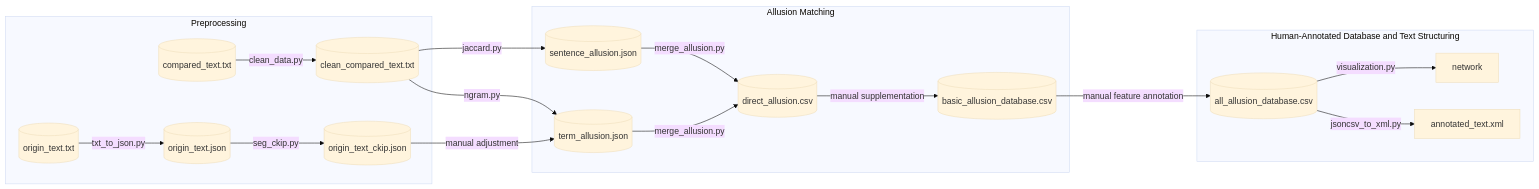
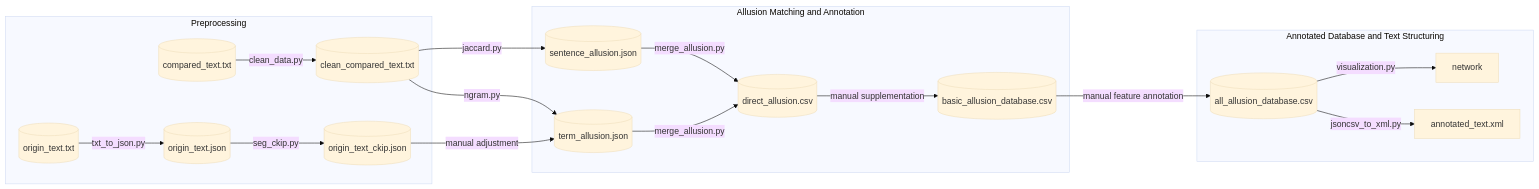
One commit to Taoyi-Chiang/lufu_allusion changed the diagram in README.md. Above: the diagram before and after it, drawn with Mermaid (base theme).

````diff
--- a/README.md
+++ b/README.md
@@ -3,40 +3,40 @@
 ```mermaid
 graph LR
     %% 定義各個節點
     A1[(origin_text.txt)]
     A2[(compared_text.txt)]
     A3[(clean_compared_text.txt)]
     B1[(origin_text.json)]
     B2[(origin_text_ckip.json)]
     C1[(sentence_allusion.json)]
     C2[(term_allusion.json)]
     D1[(direct_allusion.csv)]
     E1[(basic_allusion_database.csv)]
     E2[(all_allusion_database.csv)]
     F1[network]
     F2[annotated_text.xml]
 
     %% 前處理階段
     subgraph Preprocessing
         A1-->|txt_to_json.py|B1
         B1-->|seg_ckip.py|B2
         A2-->|clean_data.py|A3
     end
 
     %% 比對階段
-    subgraph Allusion Matching
+    subgraph Allusion Matching and Annotation
         B2-->|manual adjustment|C2
         A3-->|jaccard.py|C1
         A3-->|ngram.py|C2
         C1-->|merge_allusion.py|D1
         C2-->|merge_allusion.py|D1
         D1-->|manual supplementation|E1
     end
 
-    %% 標記階段
-    subgraph Human-Annotated Database and Text Structuring
+    %% 標記與結構化階段
+    subgraph Annotated Database and Text Structuring
         E1-->|manual feature annotation|E2
         E2-->|visualization.py|F1
         E2-->|jsoncsv_to_xml.py|F2
     end
 ```
````
